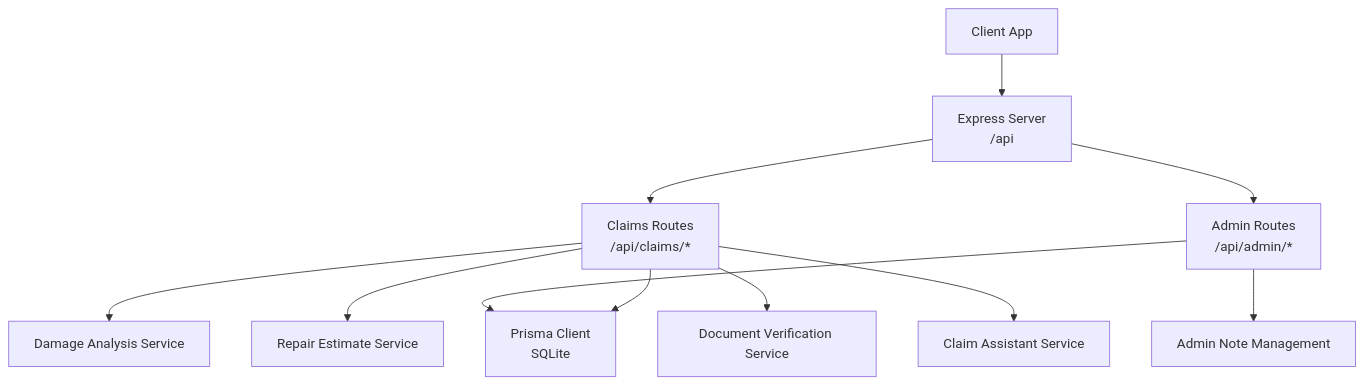
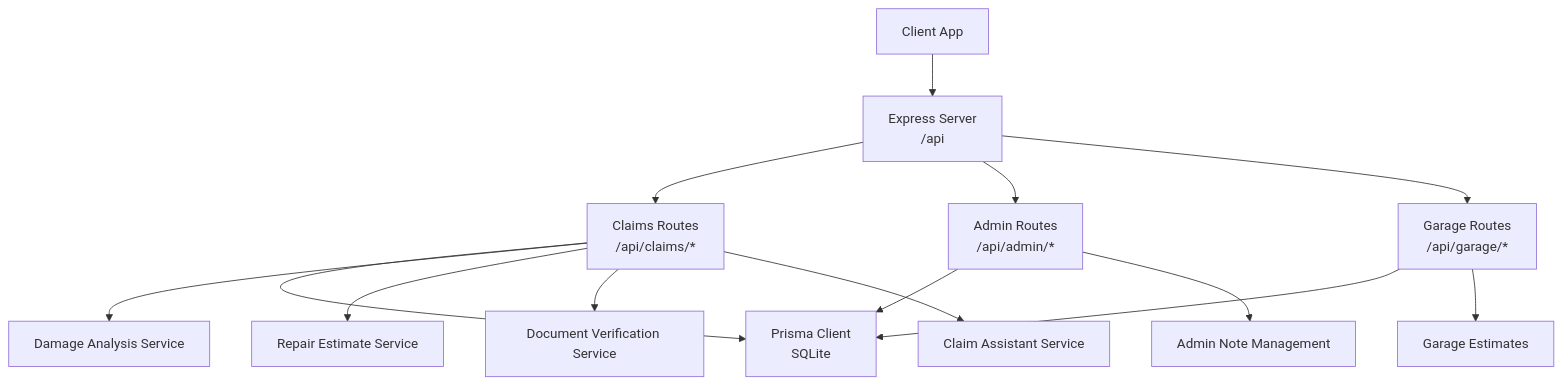
The first of 8 diagrams in .qoder/repowiki/en/content/Backend Documentation/API Endpoints Reference/Claims Processing Endpoints.md (NaveenHiranya/Smart-Vehicle-Insurance-Claim-System), drawn with Mermaid before and after one commit. The commit also changed other lines of this file and 33 other files, not shown here.

````diff
--- a/.qoder/repowiki/en/content/Backend Documentation/API Endpoints Reference/Claims Processing Endpoints.md
+++ b/.qoder/repowiki/en/content/Backend Documentation/API Endpoints Reference/Claims Processing Endpoints.md
@@ -43,13 +53,16 @@
 ```mermaid
 graph TB
 Client["Client App"] --> API["Express Server<br/>/api"]
 API --> Claims["Claims Routes<br/>/api/claims/*"]
 API --> Admin["Admin Routes<br/>/api/admin/*"]
+API --> Garage["Garage Routes<br/>/api/garage/*"]
 Claims --> DB["Prisma Client<br/>SQLite"]
 Claims --> DamageSvc["Damage Analysis Service"]
 Claims --> RepairSvc["Repair Estimate Service"]
 Claims --> DocVerifySvc["Document Verification Service"]
 Claims --> ChatSvc["Claim Assistant Service"]
 Admin --> DB
 Admin --> Notes["Admin Note Management"]
+Garage --> DB
+Garage --> GarageEstimates["Garage Estimates"]
 ```
````
